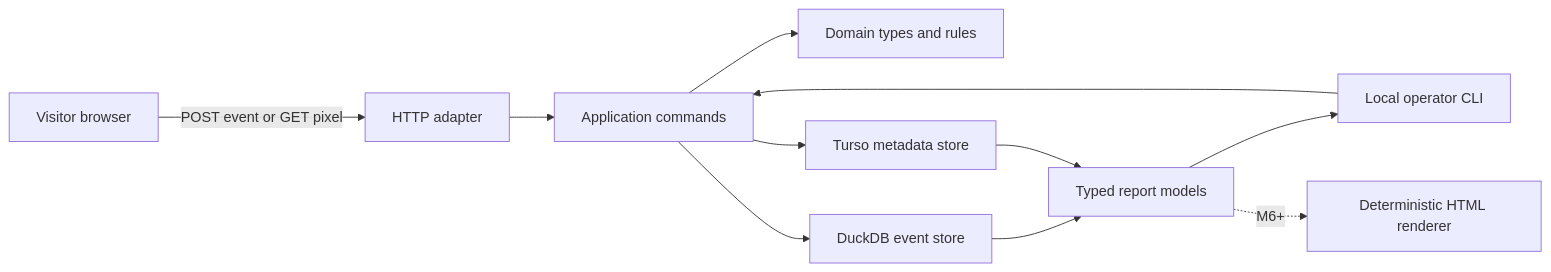
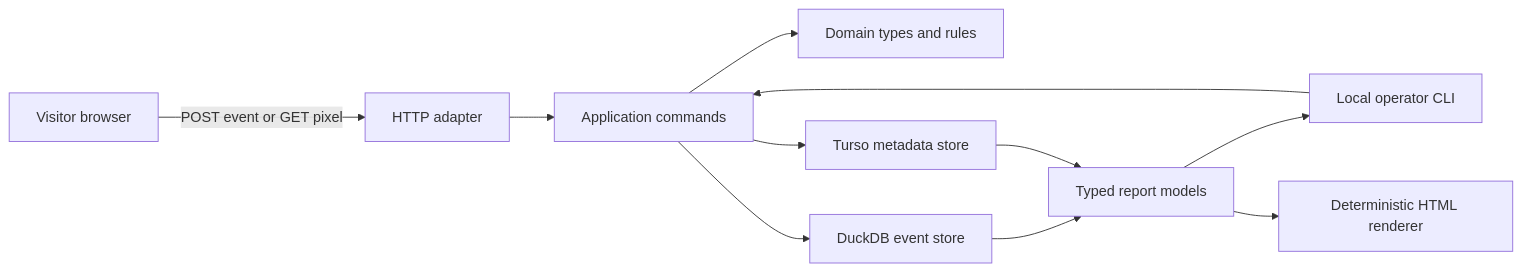
Before and after one commit to tzekid/analytico: the diagram in docs/ARCHITECTURE.md, drawn with Mermaid. The commit also changed other lines of this file and 24 other files, not shown here.

````diff
--- a/docs/ARCHITECTURE.md
+++ b/docs/ARCHITECTURE.md
@@ -5,13 +5,13 @@
 ```mermaid
 flowchart LR
     B["Visitor browser"] -->|"POST event or GET pixel"| H["HTTP adapter"]
     C["Local operator CLI"] --> A["Application commands"]
     H --> A
     A --> D["Domain types and rules"]
     A --> T["Turso metadata store"]
     A --> Q["DuckDB event store"]
     Q --> R["Typed report models"]
     T --> R
     R --> C
-    R -. "M6+" .-> V["Deterministic HTML renderer"]
+    R --> V["Deterministic HTML renderer"]
 ```
````
